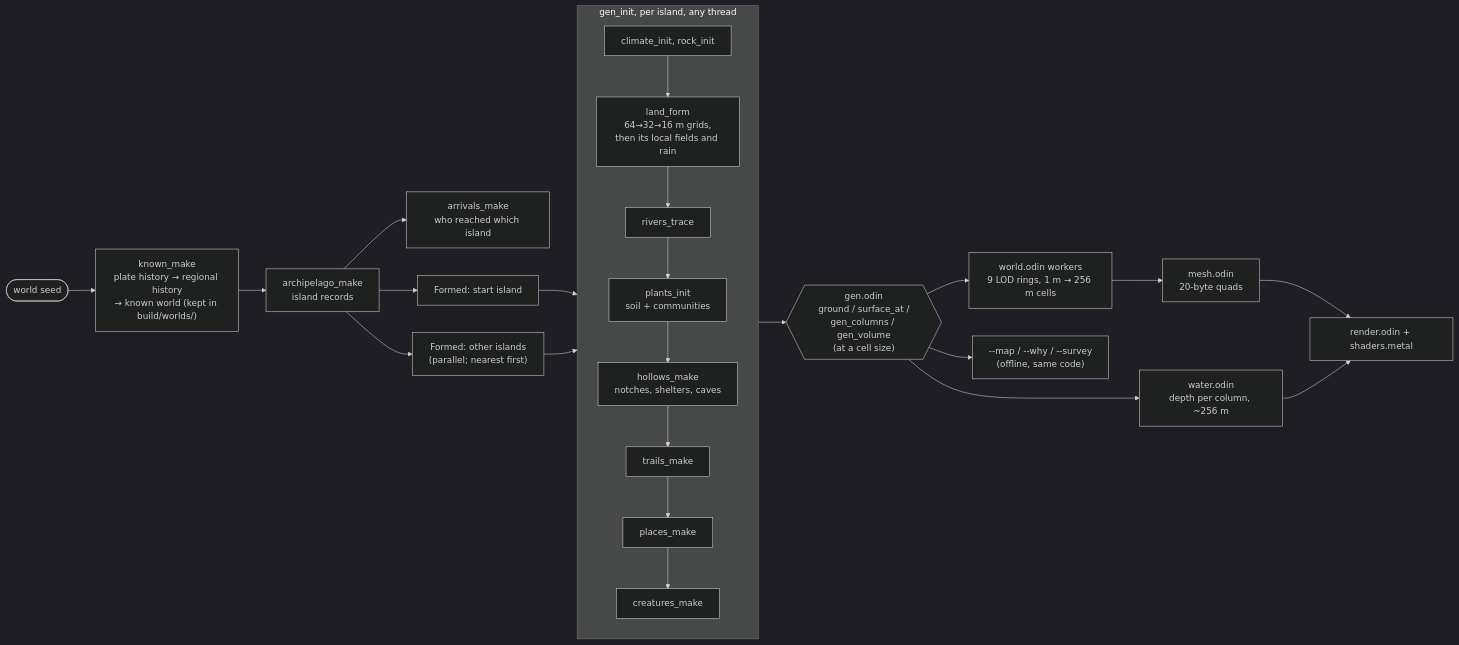
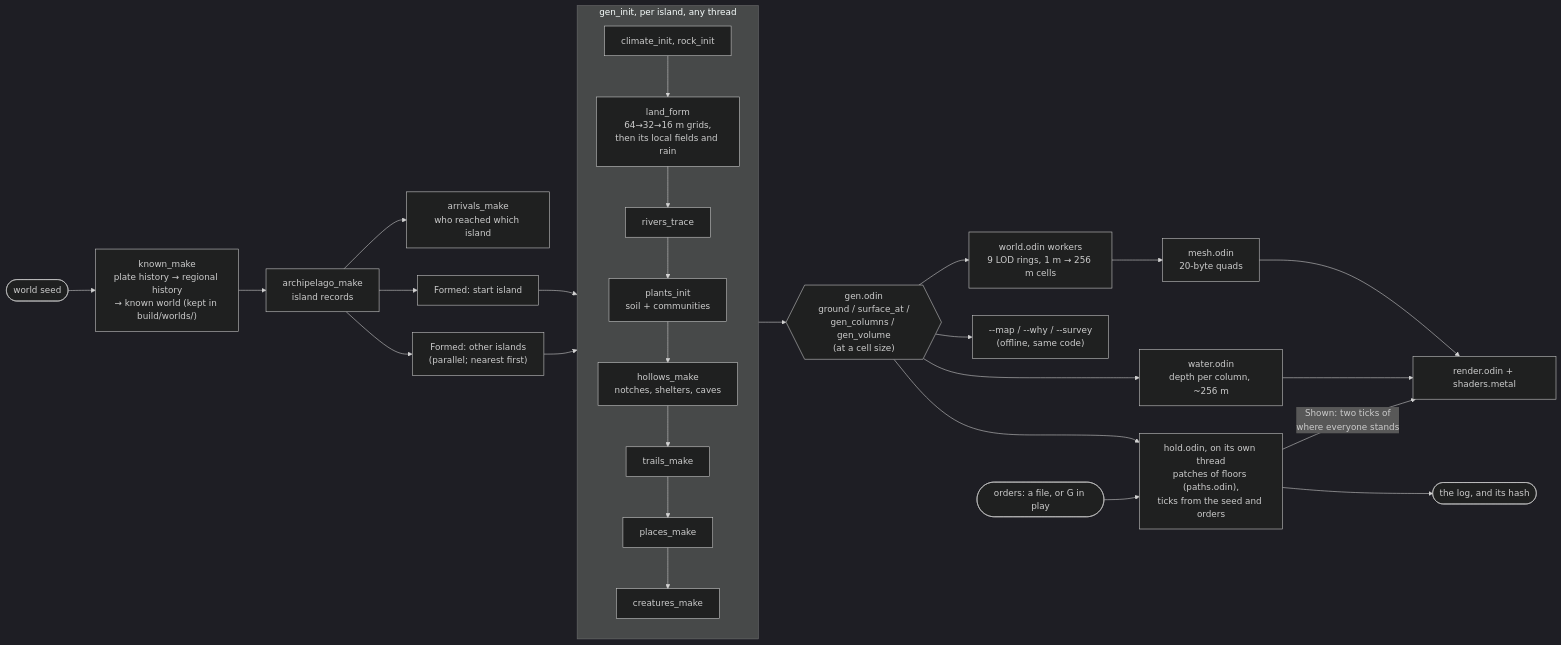
Before and after one commit to macklinhrw/odincraft: the diagram in ARCHITECTURE.md, drawn with Mermaid (dark theme). The commit also changed other lines of this file and 20 other files, not shown here.

````diff
--- a/ARCHITECTURE.md
+++ b/ARCHITECTURE.md
@@ -33,27 +34,31 @@
 ```mermaid
 flowchart LR
   seed([world seed]) --> known["known_make<br/>plate history → regional history<br/>→ known world (kept in build/worlds/)"]
   known --> arch["archipelago_make<br/>island records"]
   arch --> arrivals["arrivals_make<br/>who reached which island"]
   arch --> F1["Formed: start island"]
   arch --> Fn["Formed: other islands<br/>(parallel; nearest first)"]
   subgraph forming ["gen_init, per island, any thread"]
     direction TB
     rock["climate_init, rock_init"] --> land["land_form<br/>64→32→16 m grids,<br/>then its local fields and rain"]
     land --> rivers[rivers_trace]
     rivers --> plants["plants_init<br/>soil + communities"]
     plants --> hollows["hollows_make<br/>notches, shelters, caves"]
     hollows --> trails[trails_make]
     trails --> places[places_make]
     places --> creatures[creatures_make]
   end
   F1 --> forming
   Fn --> forming
   forming --> gen{{"gen.odin<br/>ground / surface_at /<br/>gen_columns / gen_volume<br/>(at a cell size)"}}
   gen --> workers["world.odin workers<br/>9 LOD rings, 1 m → 256 m cells"]
   workers --> mesh["mesh.odin<br/>20-byte quads"]
   mesh --> render["render.odin + shaders.metal"]
   gen --> water["water.odin<br/>depth per column, ~256 m"]
   water --> render
   gen --> tools["--map / --why / --survey<br/>(offline, same code)"]
+  gen --> hold["hold.odin, on its own thread<br/>patches of floors (paths.odin),<br/>ticks from the seed and orders"]
+  orders([orders: a file, or G in play]) --> hold
+  hold -- "Shown: two ticks of<br/>where everyone stands" --> render
+  hold --> log([the log, and its hash])
 ```
````
